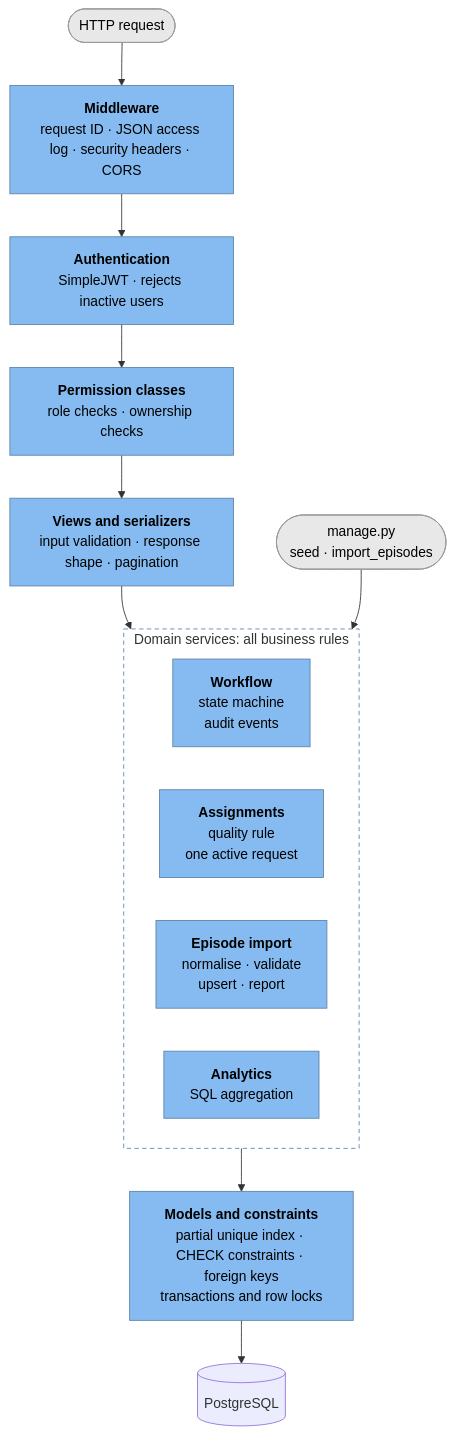
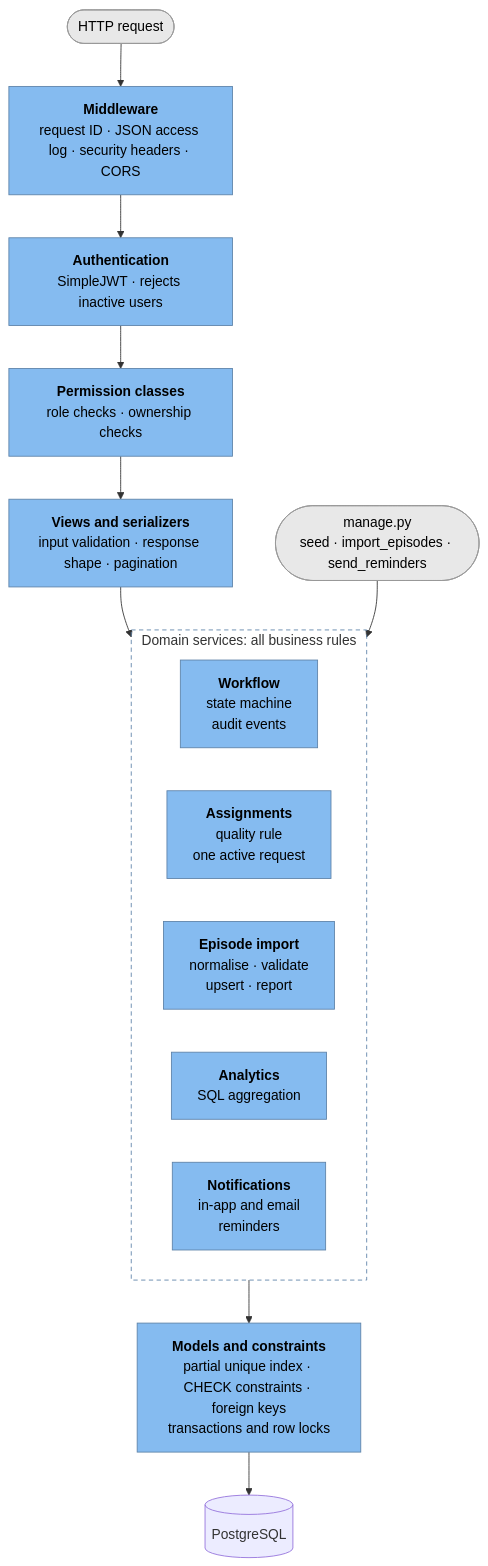
Before and after one commit to Michelle-anyika/dataset-request-desk: the third of 8 diagrams in docs/architecture.md, drawn with Mermaid. The commit also changed other lines of this file, not shown here.

Commit message:
docs: show notifications, scheduler and alerting in the architecture

````diff
--- a/docs/architecture.md
+++ b/docs/architecture.md
@@ -90,27 +98,28 @@
 ```mermaid
 flowchart TB
     http(["HTTP request"]) --> mw
     mw["<b>Middleware</b><br/>request ID · JSON access log · security headers · CORS"]
     mw --> authn["<b>Authentication</b><br/>SimpleJWT · rejects inactive users"]
     authn --> perms["<b>Permission classes</b><br/>role checks · ownership checks"]
     perms --> views["<b>Views and serializers</b><br/>input validation · response shape · pagination"]
     views --> services
-    cmd(["manage.py<br/>seed · import_episodes"]) --> services
+    cmd(["manage.py<br/>seed · import_episodes · send_reminders"]) --> services
 
     subgraph services["Domain services: all business rules"]
         direction LR
         workflow["<b>Workflow</b><br/>state machine<br/>audit events"]
         assign["<b>Assignments</b><br/>quality rule<br/>one active request"]
         importer["<b>Episode import</b><br/>normalise · validate<br/>upsert · report"]
         analytics["<b>Analytics</b><br/>SQL aggregation"]
+        notify["<b>Notifications</b><br/>in-app and email<br/>reminders"]
     end
 
     services --> models["<b>Models and constraints</b><br/>partial unique index · CHECK constraints · foreign keys<br/>transactions and row locks"]
     models --> pg[("PostgreSQL")]
 
     classDef layer fill:#85bbf0,stroke:#5d82a8,color:#000
     classDef entry fill:#e8e8e8,stroke:#999,color:#000
-    class mw,authn,perms,views,workflow,assign,importer,analytics,models layer
+    class mw,authn,perms,views,workflow,assign,importer,analytics,notify,models layer
     class http,cmd entry
     style services fill:transparent,stroke:#5d82a8,stroke-width:1px,stroke-dasharray:5 4
 ```
````
